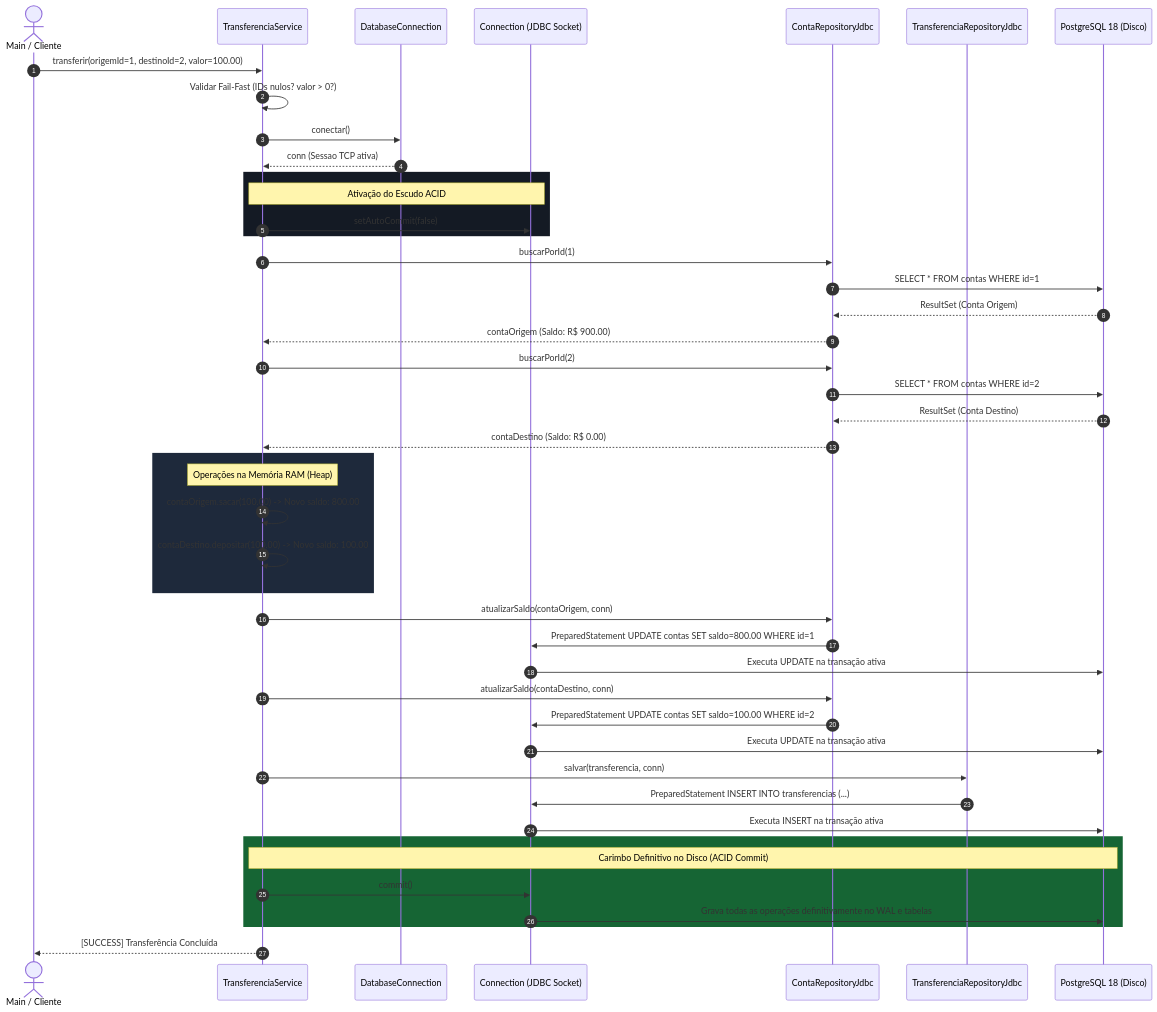
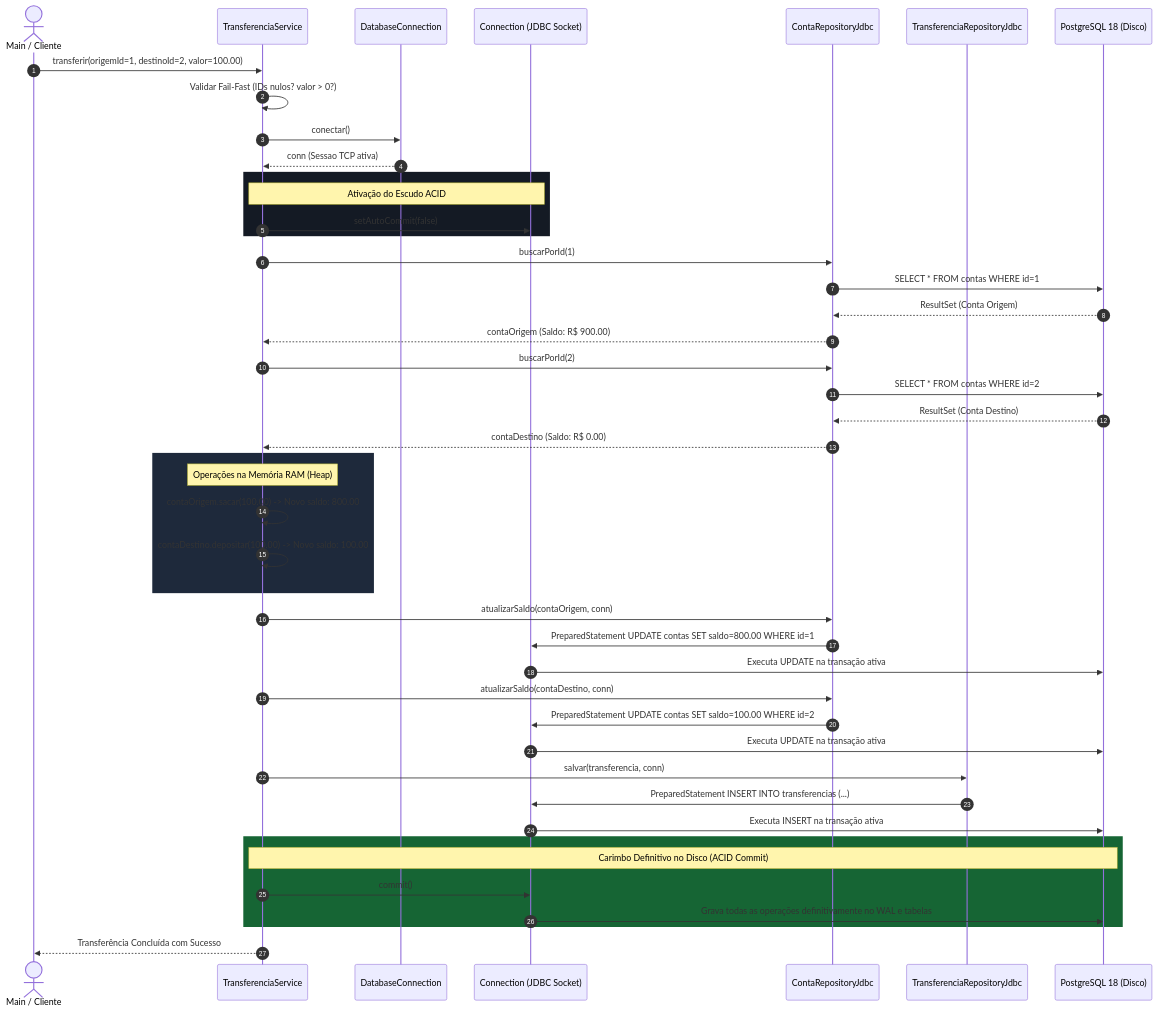
Before and after one commit to applephoria/TransactCore-Java: the first of 2 diagrams in docs/uml/diagrama_sequencia.md, drawn with Mermaid. The commit also changed 3 other files, not shown here.

Commit message:
fix(docs): corrigir sintaxe do mermaid nos diagramas arquiteturais e de sequencia

````diff
--- a/docs/uml/diagrama_sequencia.md
+++ b/docs/uml/diagrama_sequencia.md
@@ -12,58 +12,58 @@
 ```mermaid
 sequenceDiagram
     autonumber
     actor Caller as Main / Cliente
     participant Service as TransferenciaService
     participant DB as DatabaseConnection
     participant Conn as Connection (JDBC Socket)
     participant CRepo as ContaRepositoryJdbc
     participant TRepo as TransferenciaRepositoryJdbc
     participant Disk as PostgreSQL 18 (Disco)
 
     Caller->>Service: transferir(origemId=1, destinoId=2, valor=100.00)
     Service->>Service: Validar Fail-Fast (IDs nulos? valor > 0?)
     
     Service->>DB: conectar()
     DB-->>Service: conn (Sessao TCP ativa)
     
     rect rgb(20, 26, 36)
         Note over Service,Conn: Ativação do Escudo ACID
         Service->>Conn: setAutoCommit(false)
     end
 
     Service->>CRepo: buscarPorId(1)
     CRepo->>Disk: SELECT * FROM contas WHERE id=1
     Disk-->>CRepo: ResultSet (Conta Origem)
     CRepo-->>Service: contaOrigem (Saldo: R$ 900.00)
 
     Service->>CRepo: buscarPorId(2)
     CRepo->>Disk: SELECT * FROM contas WHERE id=2
     Disk-->>CRepo: ResultSet (Conta Destino)
     CRepo-->>Service: contaDestino (Saldo: R$ 0.00)
 
     rect rgb(30, 41, 59)
         Note over Service: Operações na Memória RAM (Heap)
         Service->>Service: contaOrigem.sacar(100.00) -> Novo saldo: 800.00
         Service->>Service: contaDestino.depositar(100.00) -> Novo saldo: 100.00
     end
 
     Service->>CRepo: atualizarSaldo(contaOrigem, conn)
     CRepo->>Conn: PreparedStatement UPDATE contas SET saldo=800.00 WHERE id=1
     Conn->>Disk: Executa UPDATE na transação ativa
 
     Service->>CRepo: atualizarSaldo(contaDestino, conn)
     CRepo->>Conn: PreparedStatement UPDATE contas SET saldo=100.00 WHERE id=2
     Conn->>Disk: Executa UPDATE na transação ativa
 
     Service->>TRepo: salvar(transferencia, conn)
     TRepo->>Conn: PreparedStatement INSERT INTO transferencias (...)
     Conn->>Disk: Executa INSERT na transação ativa
 
     rect rgb(22, 101, 52)
         Note over Service,Disk: Carimbo Definitivo no Disco (ACID Commit)
         Service->>Conn: commit()
         Conn->>Disk: Grava todas as operações definitivamente no WAL e tabelas
     end
 
-    Service-->>Caller: [SUCCESS] Transferência Concluída
+    Service-->>Caller: Transferência Concluída com Sucesso
 ```
````
